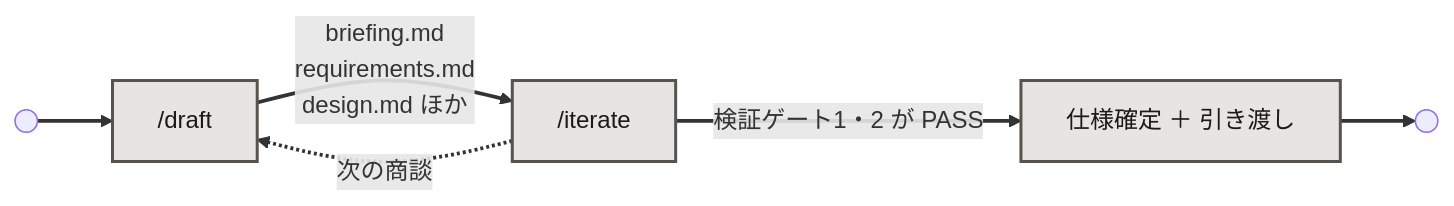
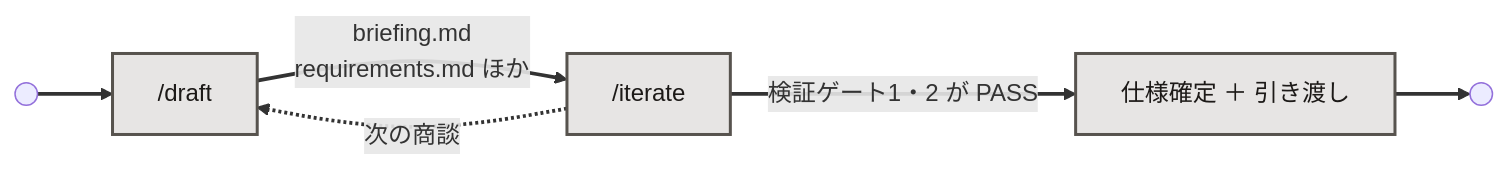
One commit to daichi-kubokawa/prototyping-agents changed the fifth of 5 diagrams in WORKFLOW.md. Above: the diagram before and after it, drawn with Mermaid. The commit also changed other lines of this file and 10 other files, not shown here.

````diff
--- a/WORKFLOW.md
+++ b/WORKFLOW.md
@@ -416,12 +394,12 @@
 ```mermaid
 flowchart LR
     S(( )) --> A["/draft"]
-    A -->|"briefing.md<br/>requirements.md<br/>design.md ほか"| B["/iterate"]
+    A -->|"briefing.md<br/>requirements.md ほか"| B["/iterate"]
     B -->|"検証ゲート1・2 が PASS"| C["仕様確定 ＋ 引き渡し"]
     C --> E((" "))
     B -.->|"次の商談"| A
 
     classDef cmd fill:#E7E5E4,stroke:#57534E,stroke-width:2px,color:#1C1917
     class A,B,C cmd
     linkStyle default stroke-width:2.5px
 ```
````
